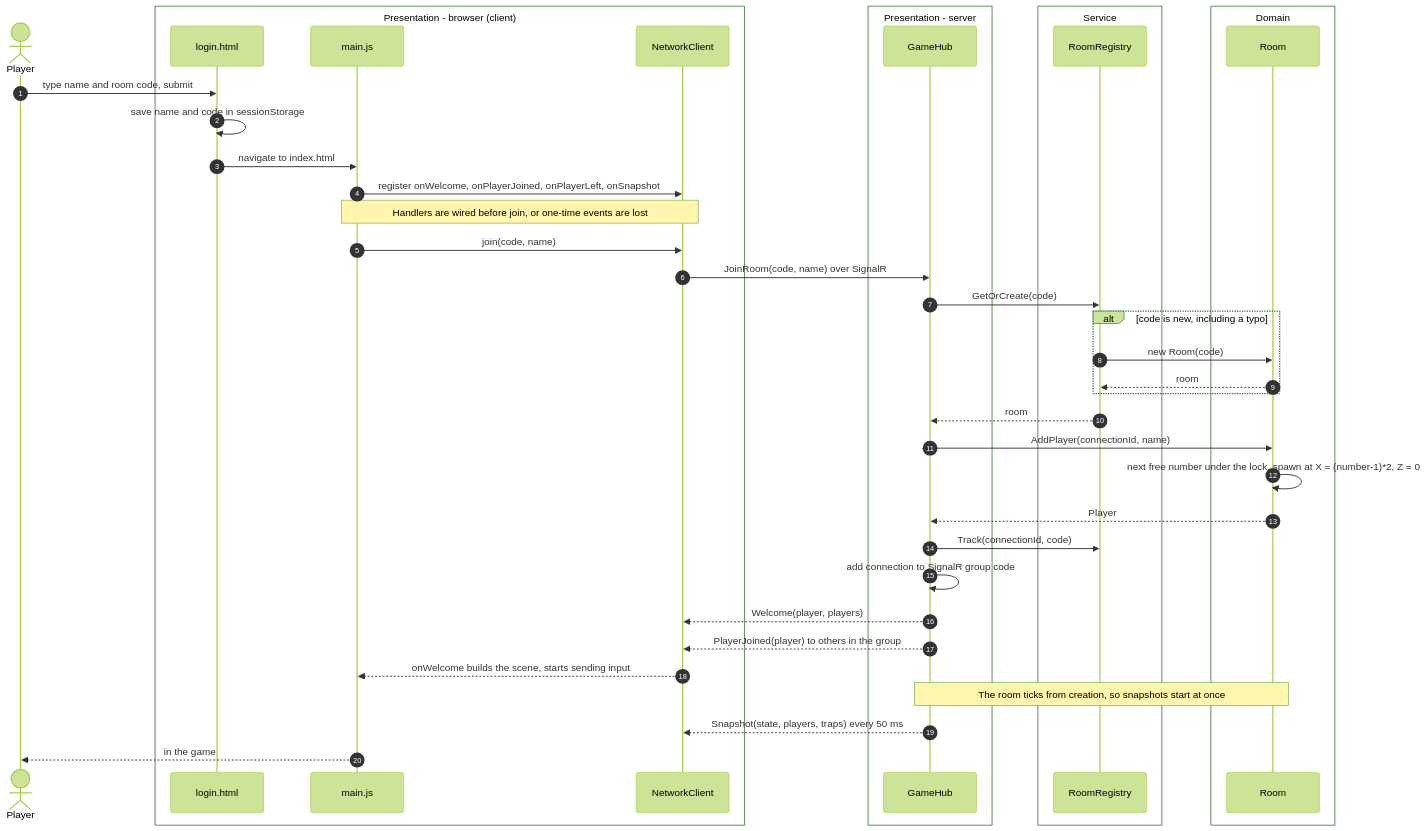
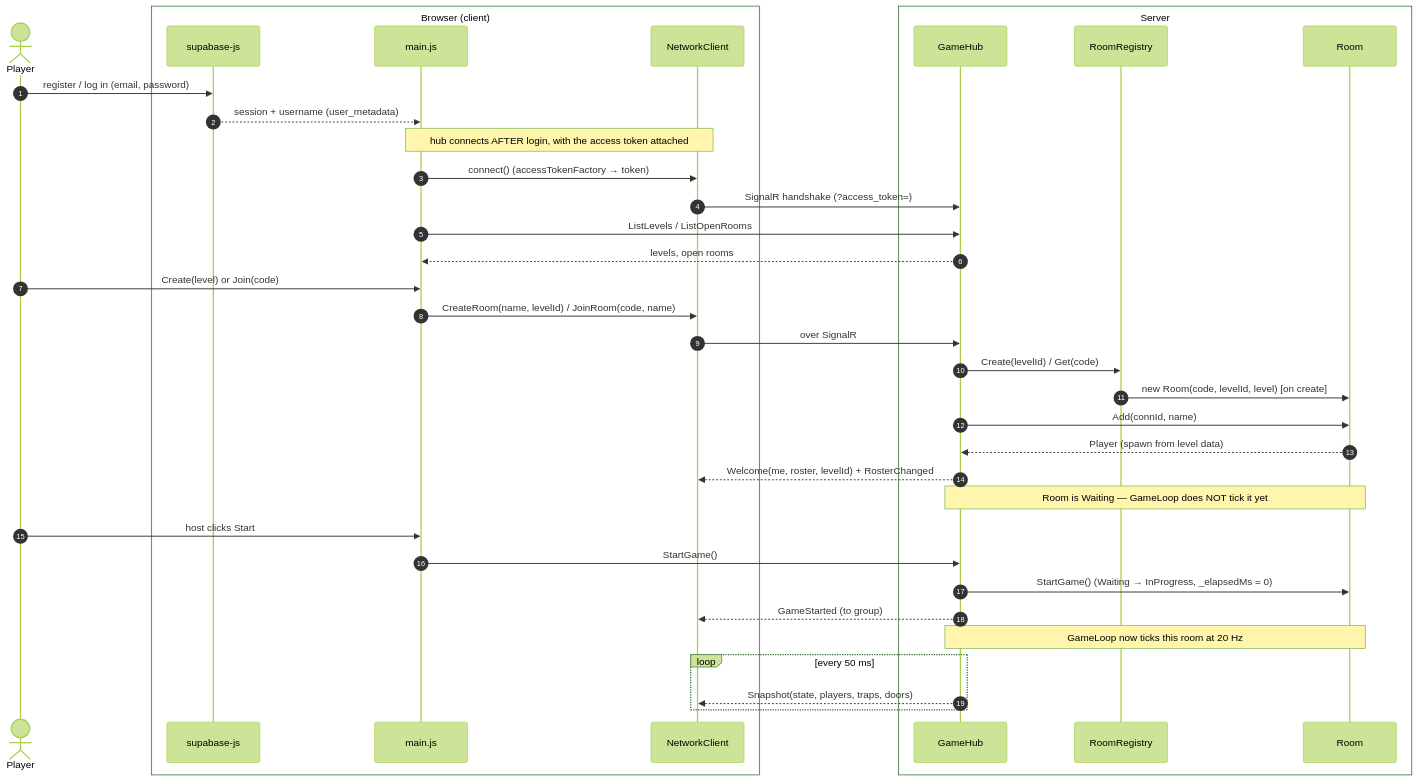
Before and after one commit to esway001/cen5064-project-swayne: the fourth of 4 diagrams in README.md, drawn with Mermaid (forest theme). The commit also changed other lines of this file, not shown here.

First line of the commit message:
Enhance README with gameplay instructions and architecture details

````diff
--- a/README.md
+++ b/README.md
@@ -215,44 +273,40 @@
 ```mermaid
 sequenceDiagram
     autonumber
     actor P as Player
-    box Presentation - browser (client)
-        participant LG as login.html
+    box Browser (client)
+        participant SB as supabase-js
         participant M as main.js
         participant NC as NetworkClient
     end
-    box Presentation - server
+    box Server
         participant GH as GameHub
-    end
-    box Service
         participant RR as RoomRegistry
-    end
-    box Domain
         participant R as Room
     end
  
-    P->>LG: type name and room code, submit
-    LG->>LG: save name and code in sessionStorage
-    LG->>M: navigate to index.html
-    M->>NC: register onWelcome, onPlayerJoined, onPlayerLeft, onSnapshot
-    Note over M,NC: Handlers are wired before join, or one-time events are lost
-    M->>NC: join(code, name)
-    NC->>GH: JoinRoom(code, name) over SignalR
-    GH->>RR: GetOrCreate(code)
-    alt code is new, including a typo
-        RR->>R: new Room(code)
-        R-->>RR: room
+    P->>SB: register / log in (email, password)
+    SB-->>M: session + username (user_metadata)
+    Note over M,NC: hub connects AFTER login, with the access token attached
+    M->>NC: connect()  (accessTokenFactory → token)
+    NC->>GH: SignalR handshake (?access_token=)
+    M->>GH: ListLevels / ListOpenRooms
+    GH-->>M: levels, open rooms
+    P->>M: Create(level)  or  Join(code)
+    M->>NC: CreateRoom(name, levelId) / JoinRoom(code, name)
+    NC->>GH: over SignalR
+    GH->>RR: Create(levelId) / Get(code)
+    RR->>R: new Room(code, levelId, level)   [on create]
+    GH->>R: Add(connId, name)
+    R-->>GH: Player (spawn from level data)
+    GH-->>NC: Welcome(me, roster, levelId) + RosterChanged
+    Note over GH,R: Room is Waiting — GameLoop does NOT tick it yet
+    P->>M: host clicks Start
+    M->>GH: StartGame()
+    GH->>R: StartGame()  (Waiting → InProgress, _elapsedMs = 0)
+    GH-->>NC: GameStarted (to group)
+    Note over GH,R: GameLoop now ticks this room at 20 Hz
+    loop every 50 ms
+        GH-->>NC: Snapshot(state, players, traps, doors)
     end
-    RR-->>GH: room
-    GH->>R: AddPlayer(connectionId, name)
-    R->>R: next free number under the lock, spawn at X = (number-1)*2, Z = 0
-    R-->>GH: Player
-    GH->>RR: Track(connectionId, code)
-    GH->>GH: add connection to SignalR group code
-    GH-->>NC: Welcome(player, players)
-    GH-->>NC: PlayerJoined(player) to others in the group
-    NC-->>M: onWelcome builds the scene, starts sending input
-    Note over GH,R: The room ticks from creation, so snapshots start at once
-    GH-->>NC: Snapshot(state, players, traps) every 50 ms
-    M-->>P: in the game
 ```
````
